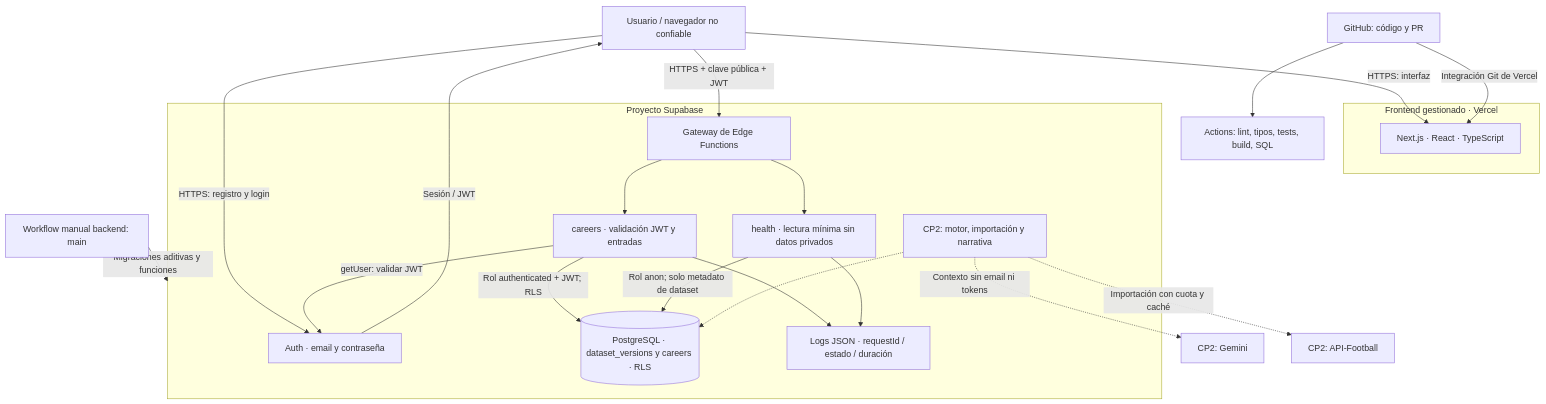
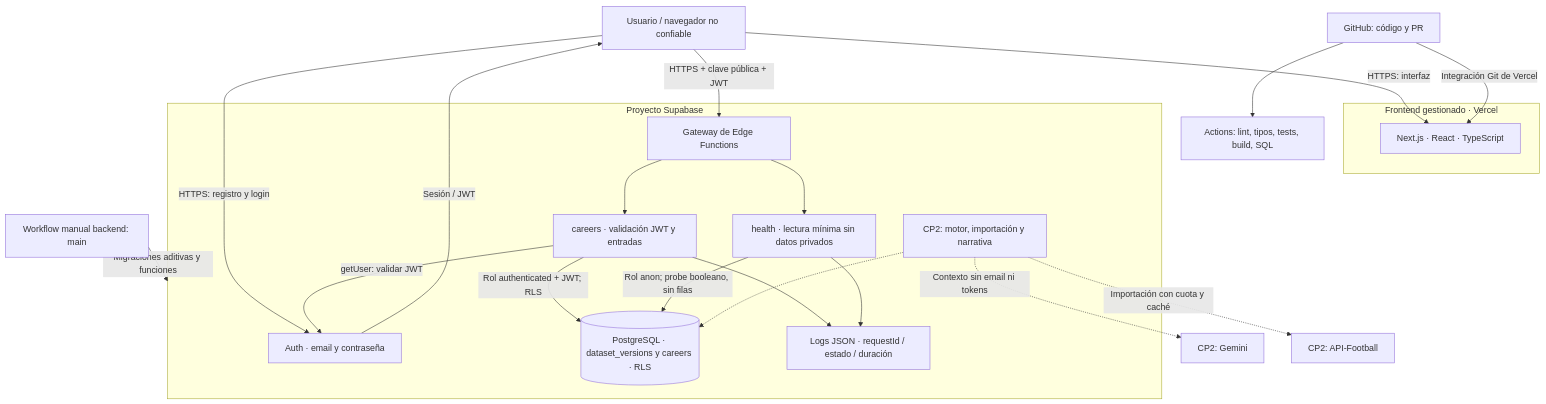
One commit to tomasr15/camino-a-la-gloria changed the first of 2 diagrams in docs/arquitectura.md. Above: the diagram before and after it, drawn with Mermaid. The commit also changed other lines of this file and 5 other files, not shown here.

First line of the commit message:
fix(health): cierra dataset_versions a anon y registra los rechazos

````diff
--- a/docs/arquitectura.md
+++ b/docs/arquitectura.md
@@ -13,33 +13,33 @@
 ```mermaid
 flowchart TB
   U[Usuario / navegador no confiable]
   subgraph Vercel[Frontend gestionado · Vercel]
     WEB[Next.js · React · TypeScript]
   end
   subgraph SB[Proyecto Supabase]
     AUTH[Auth · email y contraseña]
     GW[Gateway de Edge Functions]
     CAR[careers · validación JWT y entradas]
     H[health · lectura mínima sin datos privados]
     DB[(PostgreSQL · dataset_versions y careers · RLS)]
     LOG[Logs JSON · requestId / estado / duración]
     FUT[CP2: motor, importación y narrativa]
   end
   U -->|HTTPS: interfaz| WEB
   U -->|HTTPS: registro y login| AUTH
   AUTH -->|Sesión / JWT| U
   U -->|HTTPS + clave pública + JWT| GW
   GW --> CAR
   GW --> H
   CAR -->|getUser: validar JWT| AUTH
   CAR -->|Rol authenticated + JWT; RLS| DB
-  H -->|Rol anon; solo metadato de dataset| DB
+  H -->|Rol anon; probe booleano, sin filas| DB
   CAR --> LOG
   H --> LOG
   FUT -.->|Contexto sin email ni tokens| GEM[CP2: Gemini]
   FUT -.->|Importación con cuota y caché| API[CP2: API-Football]
   FUT -.-> DB
   GH[GitHub: código y PR] --> CI[Actions: lint, tipos, tests, build, SQL]
   GH -->|Integración Git de Vercel| WEB
   CD[Workflow manual backend: main] -->|Migraciones aditivas y funciones| SB
 ```
````
